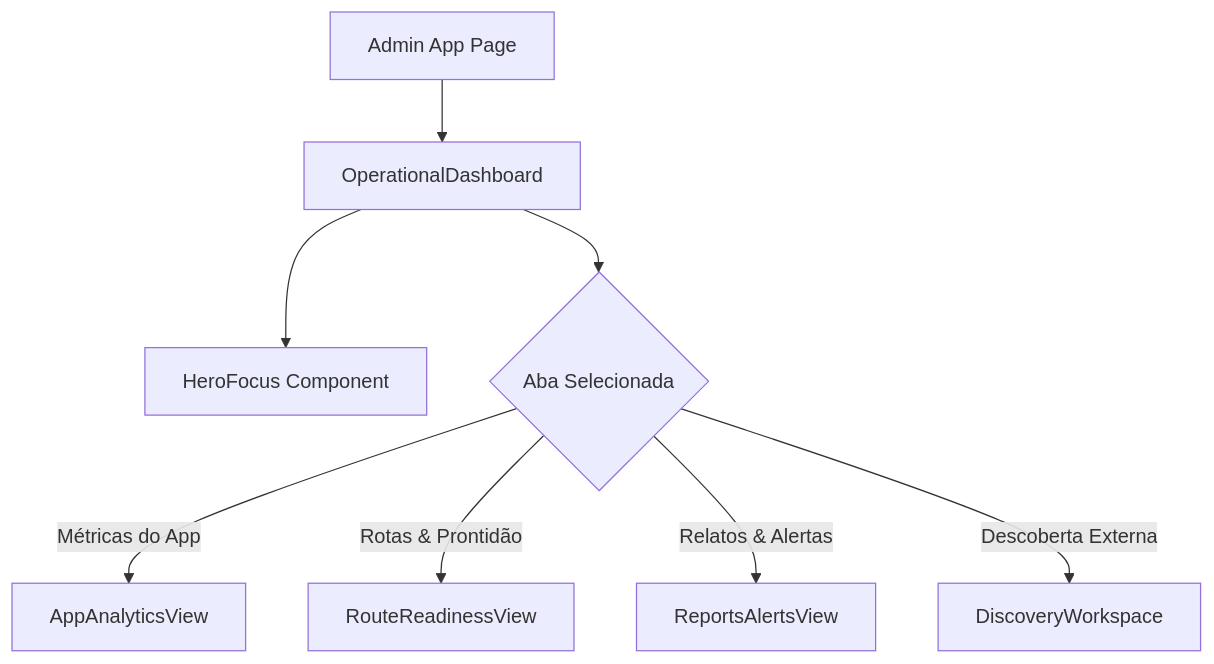
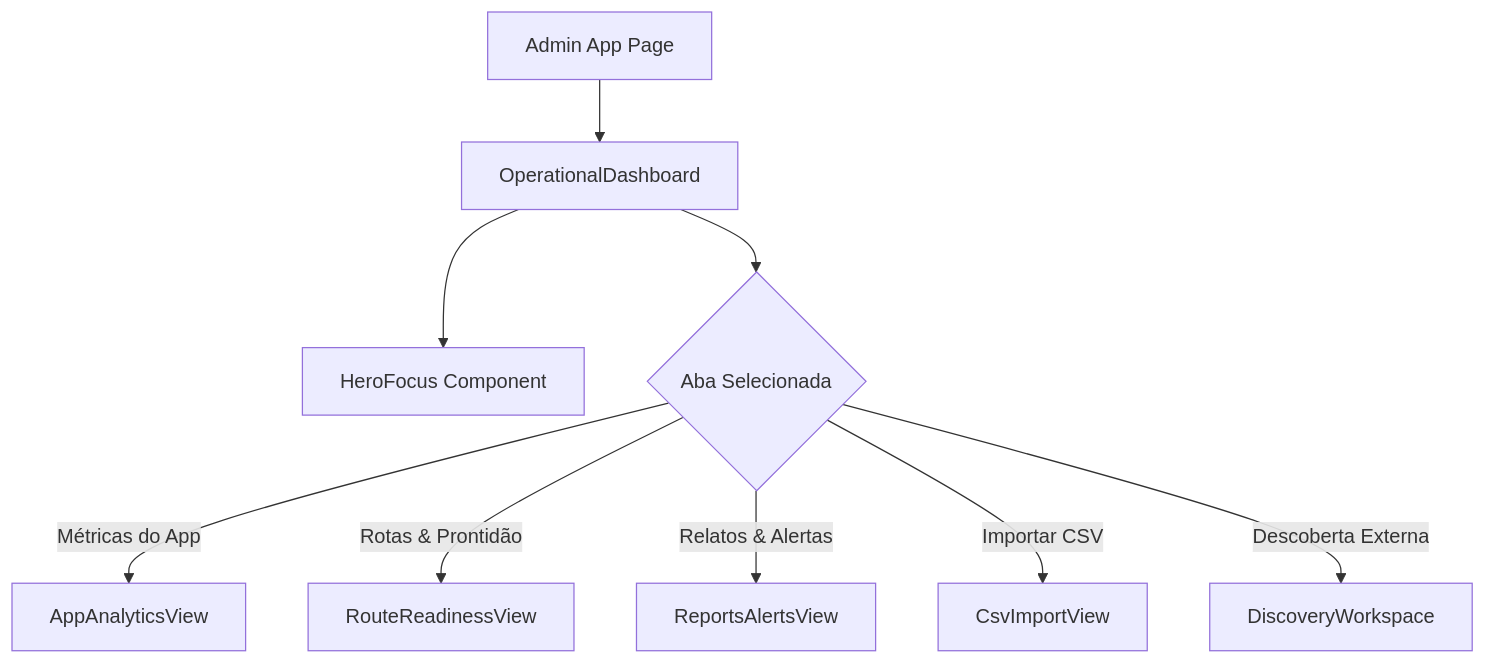
The diagram in .kiro/specs/painel-operacional/design.md (brunodarwich/eco-nexao), drawn with Mermaid before and after one commit. The commit also changed other lines of this file and 141 other files, not shown here.

````diff
--- a/.kiro/specs/painel-operacional/design.md
+++ b/.kiro/specs/painel-operacional/design.md
@@ -20,10 +20,11 @@
 ```mermaid
 graph TD
     A[Admin App Page] --> B[OperationalDashboard]
     B --> C[HeroFocus Component]
     B --> D{Aba Selecionada}
     D -->|Métricas do App| E[AppAnalyticsView]
     D -->|Rotas & Prontidão| F[RouteReadinessView]
     D -->|Relatos & Alertas| G[ReportsAlertsView]
-    D -->|Descoberta Externa| H[DiscoveryWorkspace]
+    D -->|Importar CSV| H[CsvImportView]
+    D -->|Descoberta Externa| I[DiscoveryWorkspace]
 ```
````
